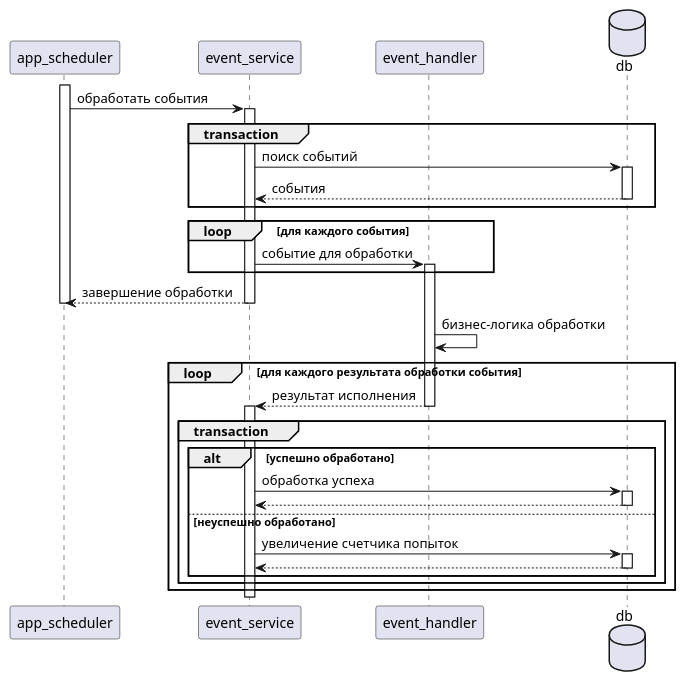
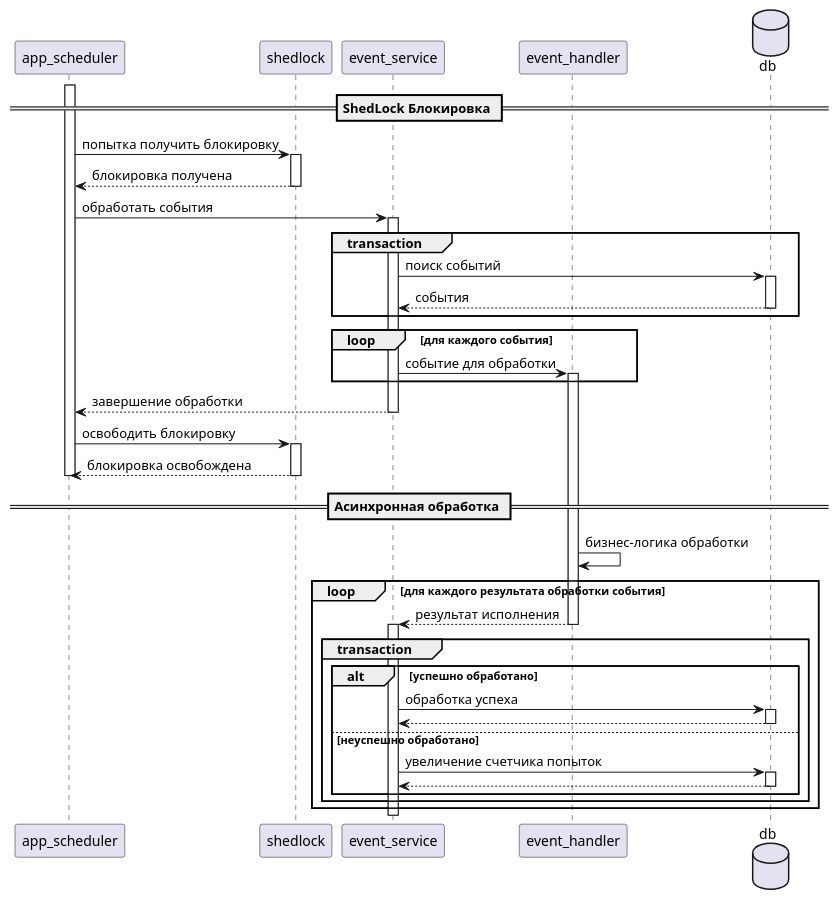
Before and after one commit to laym0n/eventhandling: the diagram in one_instance_processing.plantuml, drawn with PlantUML.

Commit message:
shedlock

```diff
--- a/one_instance_processing.plantuml
+++ b/one_instance_processing.plantuml
@@ -1,51 +1,69 @@
 @startuml one_instance_processing
 
 participant app_scheduler
+participant shedlock
 participant event_service
 participant event_handler
 database db
 
+== ShedLock Блокировка ==
+
 activate app_scheduler
+app_scheduler -> shedlock : попытка получить блокировку
+activate shedlock
+
+shedlock --> app_scheduler : блокировка получена
+deactivate shedlock
+
 app_scheduler -> event_service : обработать события
 activate event_service
 
 group transaction
     event_service -> db : поиск событий
     activate db
     db --> event_service : события
     deactivate db
 end
 
 loop для каждого события
     event_service -> event_handler : событие для обработки
     activate event_handler
 end
 
 event_service --> app_scheduler : завершение обработки
 deactivate event_service
+
+app_scheduler -> shedlock : освободить блокировку
+activate shedlock
+shedlock --> app_scheduler : блокировка освобождена
+deactivate shedlock
+
 deactivate app_scheduler
+
+== Асинхронная обработка ==
+
 event_handler -> event_handler : бизнес-логика обработки
 
 loop для каждого результата обработки события
     event_handler --> event_service : результат исполнения
     deactivate event_handler
     activate event_service
 
     group transaction
         alt успешно обработано
             event_service -> db : обработка успеха
             activate db
             db --> event_service
             deactivate db
         else неуспешно обработано
             event_service -> db : увеличение счетчика попыток
             activate db
             db --> event_service
             deactivate db
         end
     end
 end
 
 deactivate event_service
 
 @enduml
```
